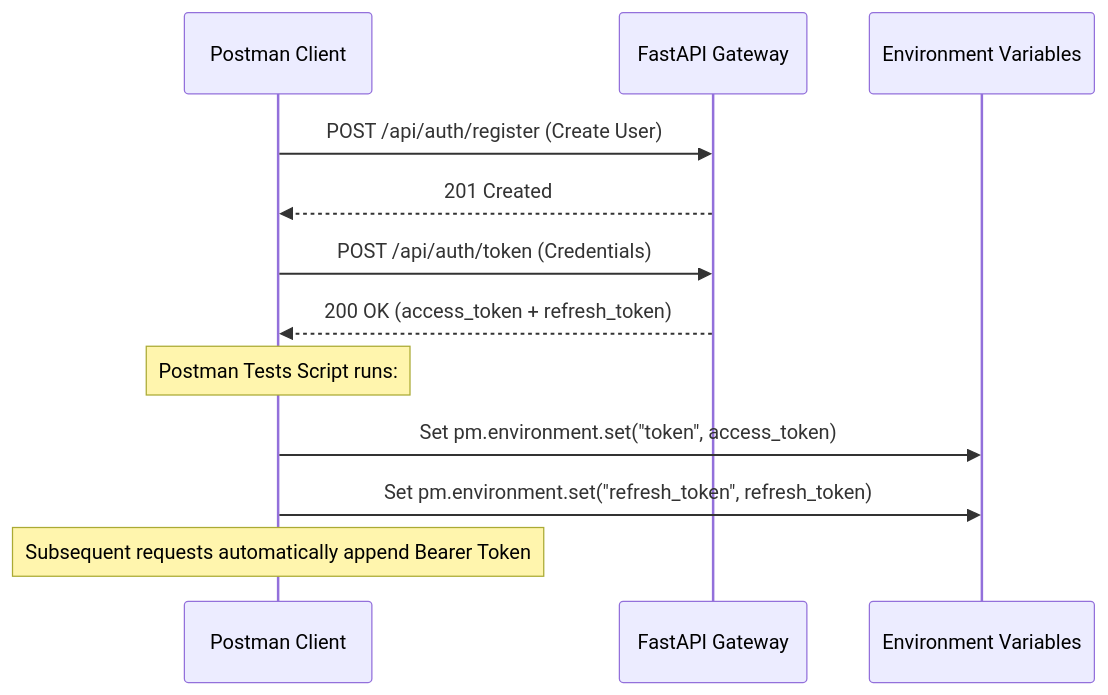
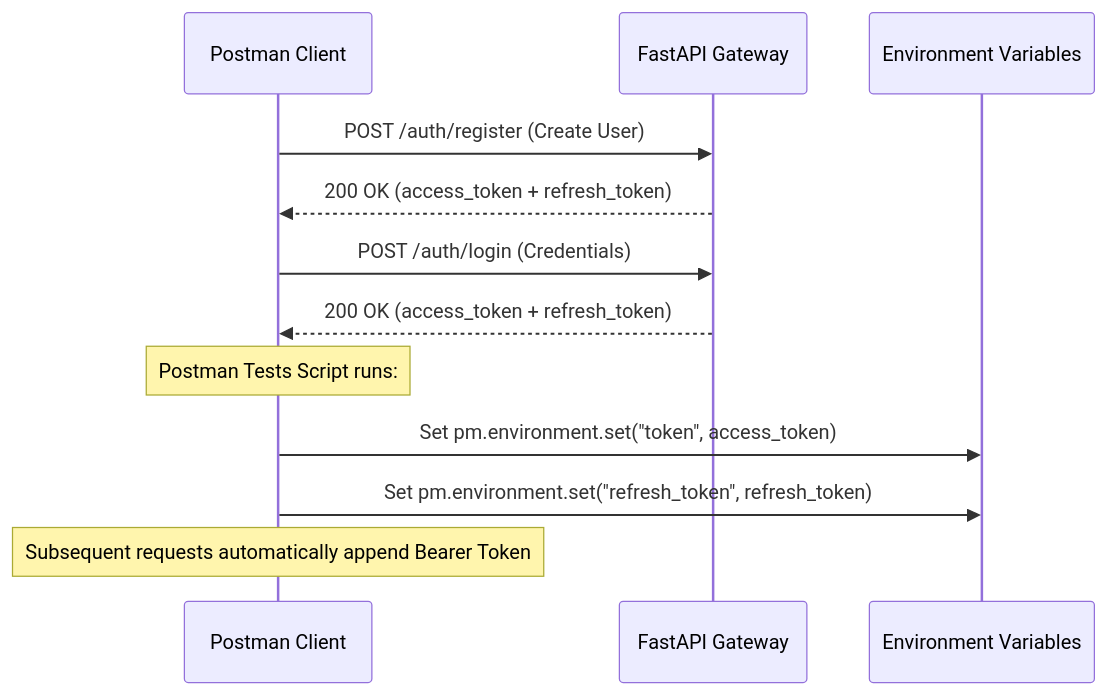
The fourth of 4 diagrams in README.md (Anil-Pradhan-web/ai-career-mentor), drawn with Mermaid before and after one commit. The commit also changed other lines of this file, not shown here.

````diff
--- a/README.md
+++ b/README.md
@@ -550,15 +551,15 @@
 ```mermaid
 sequenceDiagram
     participant User as Postman Client
     participant API as FastAPI Gateway
     participant Env as Environment Variables
 
-    User->>API: POST /api/auth/register (Create User)
-    API-->>User: 201 Created
-    User->>API: POST /api/auth/token (Credentials)
+    User->>API: POST /auth/register (Create User)
+    API-->>User: 200 OK (access_token + refresh_token)
+    User->>API: POST /auth/login (Credentials)
     API-->>User: 200 OK (access_token + refresh_token)
     Note over User: Postman Tests Script runs:
     User->>Env: Set pm.environment.set("token", access_token)
     User->>Env: Set pm.environment.set("refresh_token", refresh_token)
     Note over User: Subsequent requests automatically append Bearer Token
 ```
````
